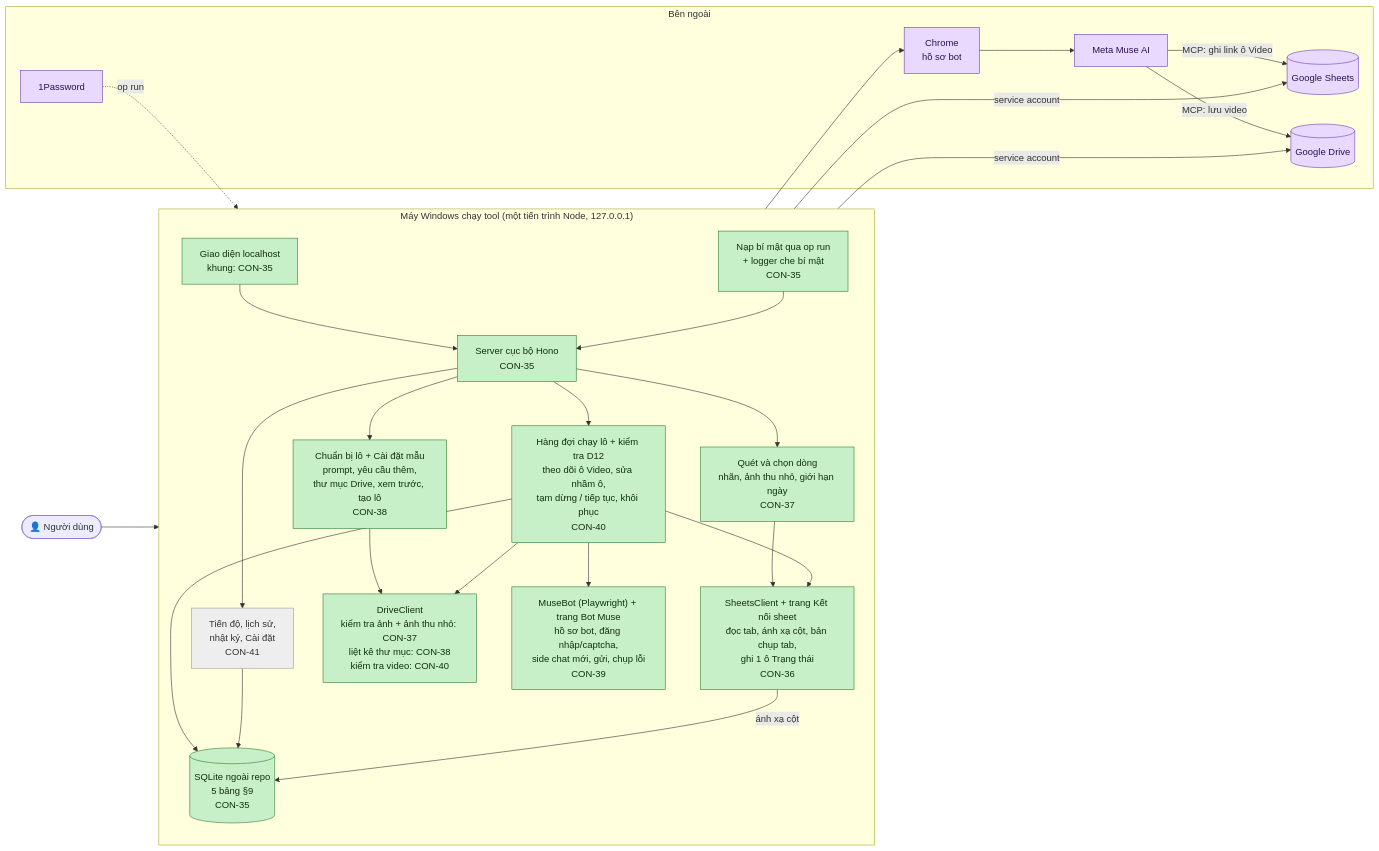
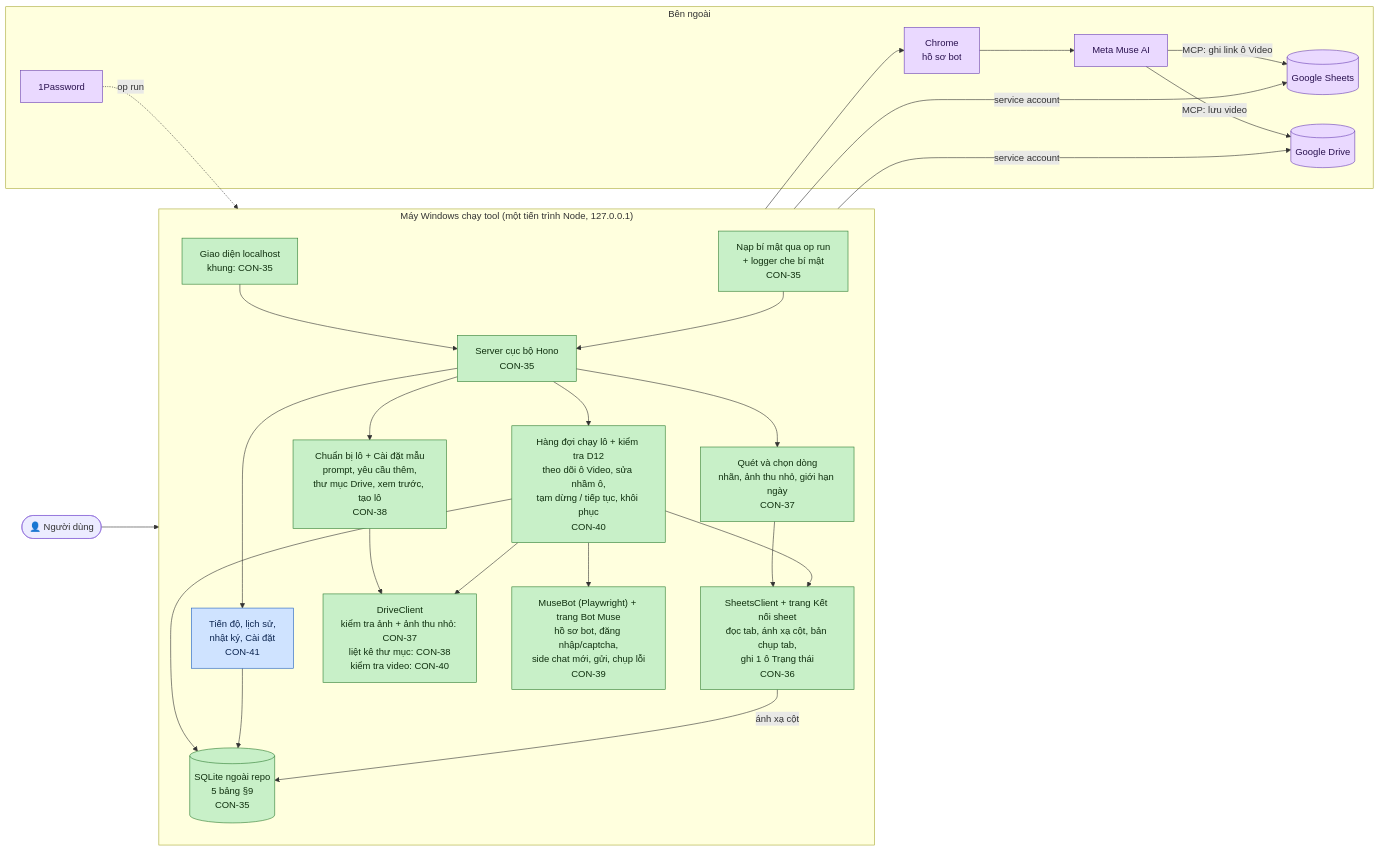
One commit to Bach1711/MASYS-VIDEO-GENERATOR changed the diagram in TIEN-DO.md. Above: the diagram before and after it, drawn with Mermaid. The commit also changed other lines of this file and 17 other files, not shown here.

````diff
--- a/TIEN-DO.md
+++ b/TIEN-DO.md
@@ -17,57 +17,57 @@
 ```mermaid
 flowchart LR
     user(["👤 Người dùng"])
 
     subgraph PC["Máy Windows chạy tool (một tiến trình Node, 127.0.0.1)"]
         direction TB
         ui["Giao diện localhost<br/>khung: CON-35"]
         server["Server cục bộ Hono<br/>CON-35"]
         secrets["Nạp bí mật qua op run<br/>+ logger che bí mật<br/>CON-35"]
         db[("SQLite ngoài repo<br/>5 bảng §9<br/>CON-35")]
 
         sheet["SheetsClient + trang Kết nối sheet<br/>đọc tab, ánh xạ cột, bản chụp tab,<br/>ghi 1 ô Trạng thái<br/>CON-36"]
         scan["Quét và chọn dòng<br/>nhãn, ảnh thu nhỏ, giới hạn ngày<br/>CON-37"]
         editor["Chuẩn bị lô + Cài đặt mẫu<br/>prompt, yêu cầu thêm,<br/>thư mục Drive, xem trước, tạo lô<br/>CON-38"]
         bot["MuseBot (Playwright) + trang Bot Muse<br/>hồ sơ bot, đăng nhập/captcha,<br/>side chat mới, gửi, chụp lỗi<br/>CON-39"]
         queue["Hàng đợi chạy lô + kiểm tra D12<br/>theo dõi ô Video, sửa nhầm ô,<br/>tạm dừng / tiếp tục, khôi phục<br/>CON-40"]
         drive["DriveClient<br/>kiểm tra ảnh + ảnh thu nhỏ: CON-37<br/>liệt kê thư mục: CON-38<br/>kiểm tra video: CON-40"]
         progress["Tiến độ, lịch sử,<br/>nhật ký, Cài đặt<br/>CON-41"]
     end
 
     subgraph EXT["Bên ngoài"]
         gsheets[("Google Sheets")]
         gdrive[("Google Drive")]
         chrome["Chrome<br/>hồ sơ bot"]
         muse["Meta Muse AI"]
         op["1Password"]
     end
 
     user --> ui --> server
     server --> scan & editor & progress
     scan --> sheet
     editor --> drive
     server --> queue
     queue --> sheet & drive & bot
     queue --> db
     progress --> db
     sheet -- "ánh xạ cột" --> db
     sheet -- "service account" --> gsheets
     drive -- "service account" --> gdrive
     bot --> chrome --> muse
     muse -- "MCP: lưu video" --> gdrive
     muse -- "MCP: ghi link ô Video" --> gsheets
     op -. "op run" .-> secrets --> server
 
     classDef done fill:#c8f0c8,stroke:#2e7d32,color:#10300f
     classDef review fill:#cfe3ff,stroke:#1f5fbf,color:#0c2550
     classDef doing fill:#fff1b8,stroke:#b38600,color:#3d2e00
     classDef todo fill:#eeeeee,stroke:#9e9e9e,color:#333333
     classDef ext fill:#ead9ff,stroke:#6a3fb5,color:#2a1250
 
     class ui,server,secrets,db,sheet,scan,editor done
     class drive done
     class bot done
     class queue done
-    class progress todo
+    class progress review
     class gsheets,gdrive,chrome,muse,op ext
 ```
````
